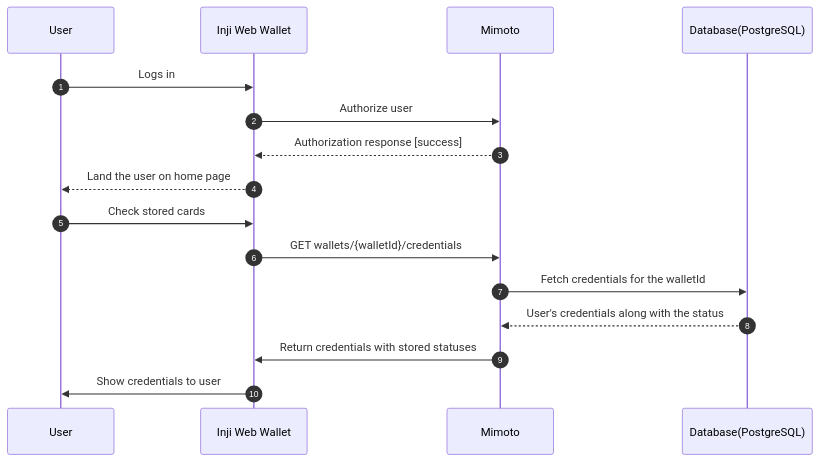
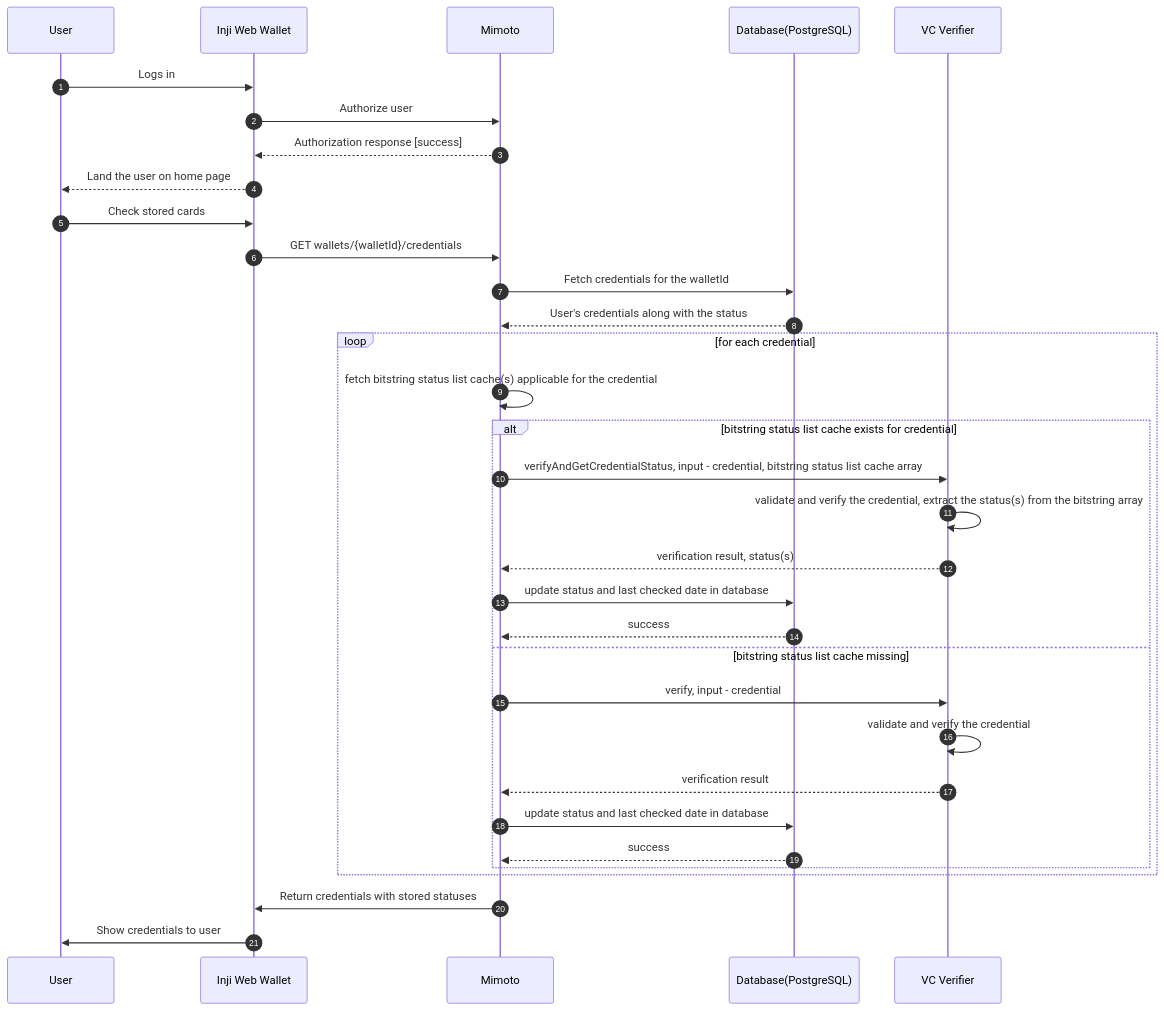
Before and after one commit to inji/mimoto: the first of 4 diagrams in docs/VCStatusCheckDesign.md, drawn with Mermaid. The commit also changed other lines of this file, not shown here.

````diff
--- a/docs/VCStatusCheckDesign.md
+++ b/docs/VCStatusCheckDesign.md
@@ -22,19 +23,36 @@
 ```mermaid
 sequenceDiagram
     autonumber
     participant User
     participant InjiWeb as Inji Web Wallet
     participant Mimoto
     participant Database as Database(PostgreSQL)
+    participant VCVerifier as VC Verifier
 
     User->>InjiWeb: Logs in
     InjiWeb->>Mimoto: Authorize user
     Mimoto-->> InjiWeb: Authorization response [success]
     InjiWeb-->>User: Land the user on home page
     User->>InjiWeb: Check stored cards
     InjiWeb->>Mimoto: GET wallets/{walletId}/credentials
     Mimoto->>Database: Fetch credentials for the walletId
     Database-->>Mimoto: User's credentials along with the status
+    loop for each credential
+        Mimoto->>Mimoto: fetch bitstring status list cache(s) applicable for the credential
+        alt bitstring status list cache exists for credential
+            Mimoto->>VCVerifier: verifyAndGetCredentialStatus, input - credential, bitstring status list cache array
+            VCVerifier->>VCVerifier: validate and verify the credential, extract the status(s) from the bitstring array
+            VCVerifier-->>Mimoto: verification result, status(s)
+            Mimoto->>Database: update status and last checked date in database
+            Database-->>Mimoto: success
+        else bitstring status list cache missing
+            Mimoto->>VCVerifier:  verify, input - credential
+            VCVerifier->>VCVerifier: validate and verify the credential
+            VCVerifier-->>Mimoto: verification result
+            Mimoto->>Database: update status and last checked date in database
+            Database-->>Mimoto: success
+        end
+    end
     Mimoto->>InjiWeb: Return credentials with stored statuses
     InjiWeb->>User: Show credentials to user
 ```    
````
